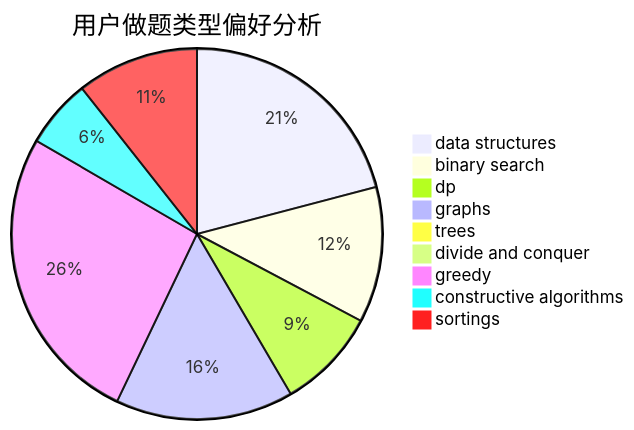
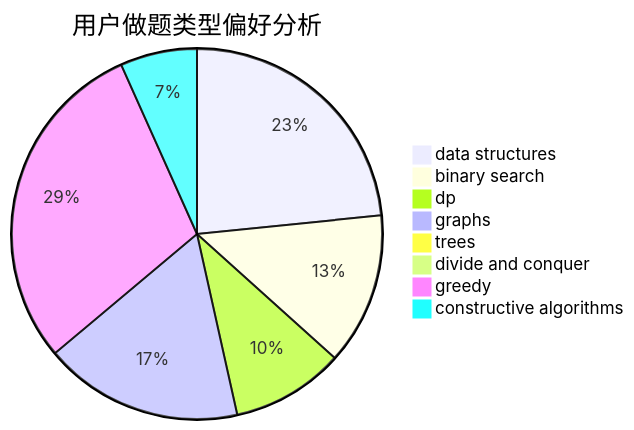
One commit to sherpahu/cfrs.github.io changed the second of 3 diagrams in docs/user/u1532.md. Above: the diagram before and after it, drawn with Mermaid. The commit also changed other lines of this file and 2769 other files, not shown here.

````diff
--- a/docs/user/u1532.md
+++ b/docs/user/u1532.md
@@ -18,12 +18,11 @@
 ```mermaid
 pie title 用户做题类型偏好分析
     "data structures" :  171
     "binary search" :  97
     "dp" :  72
     "graphs" :  127
     "trees" :  0
     "divide and conquer" :  0
     "greedy" :  215
     "constructive algorithms" :  49
-    "sortings" :  87
 ```
````
